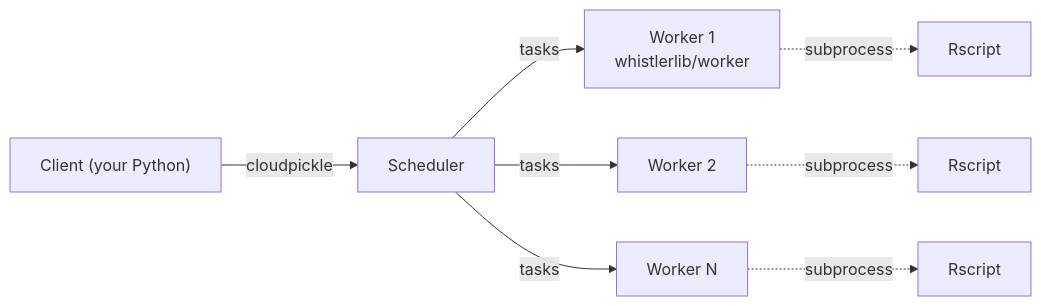
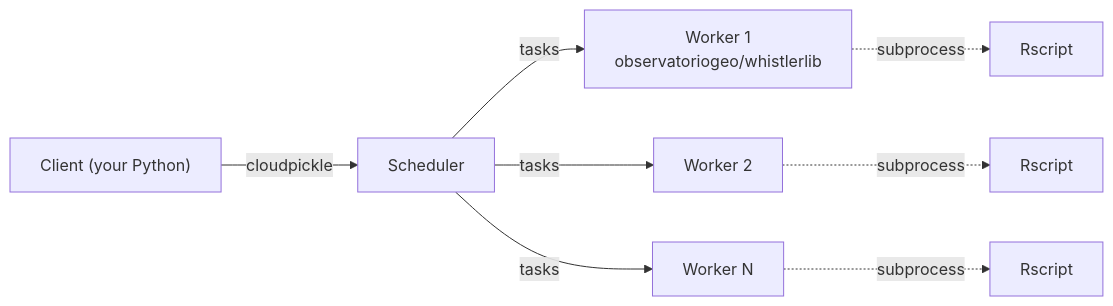
Before and after one commit to observatoriogeo/whistlerlib: the diagram in README.md, drawn with Mermaid. The commit also changed other lines of this file and 18 other files, not shown here.

````diff
--- a/README.md
+++ b/README.md
@@ -130,10 +130,10 @@
 ```mermaid
 flowchart LR
     Client["Client (your Python)"] -->|cloudpickle| Scheduler
-    Scheduler -->|tasks| W1["Worker 1<br/>whistlerlib/worker"]
+    Scheduler -->|tasks| W1["Worker 1<br/>observatoriogeo/whistlerlib"]
     Scheduler -->|tasks| W2["Worker 2"]
     Scheduler -->|tasks| WN["Worker N"]
     W1 -.->|subprocess| R1["Rscript"]
     W2 -.->|subprocess| R2["Rscript"]
     WN -.->|subprocess| RN["Rscript"]
 ```
````
